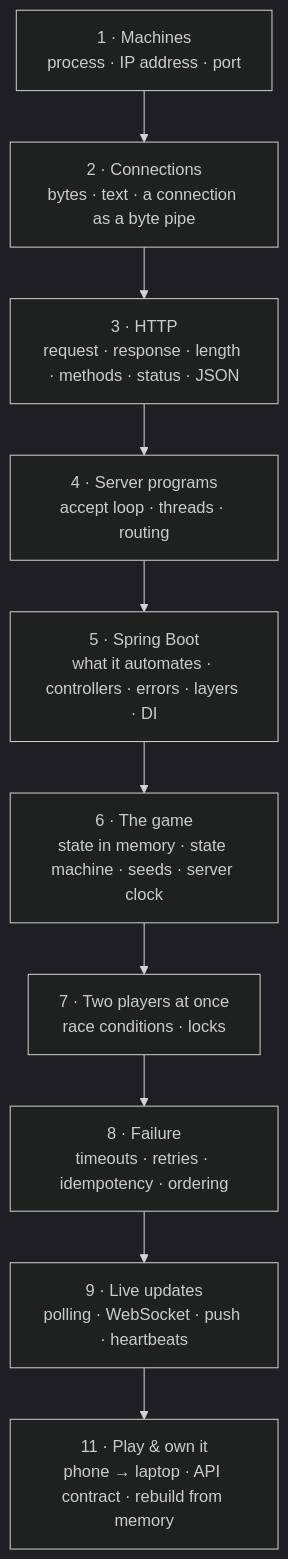
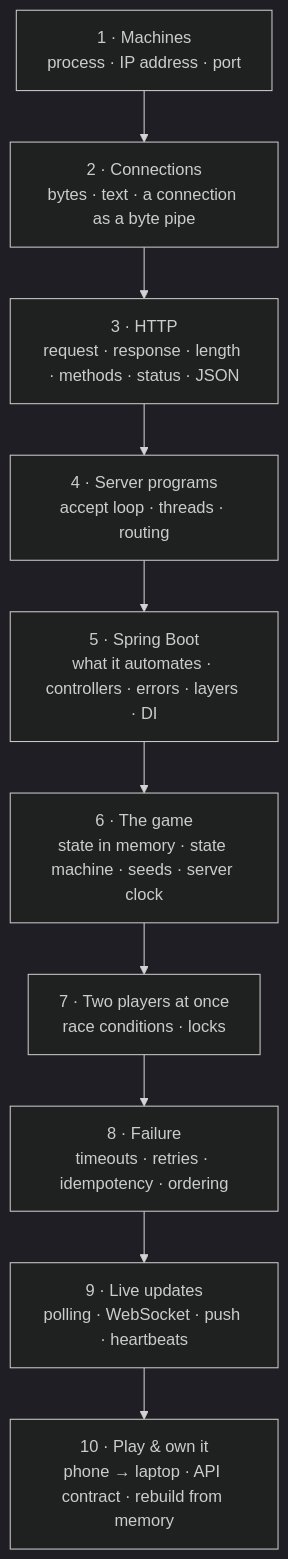
Before and after one commit to harijoshi07/backend-engineering: the diagram in site/src/content/docs/maths/map.mdx, drawn with Mermaid (dark theme). The commit also changed 1 other file, not shown here.

Commit message:
Maths track: handoff after dropping Cross Math

````diff
--- a/site/src/content/docs/maths/map.mdx
+++ b/site/src/content/docs/maths/map.mdx
@@ -19,14 +19,14 @@
 ```mermaid
 flowchart TB
     A["1 · Machines<br/>process · IP address · port"]
     B["2 · Connections<br/>bytes · text · a connection as a byte pipe"]
     C["3 · HTTP<br/>request · response · length · methods · status · JSON"]
     D["4 · Server programs<br/>accept loop · threads · routing"]
     E["5 · Spring Boot<br/>what it automates · controllers · errors · layers · DI"]
     F["6 · The game<br/>state in memory · state machine · seeds · server clock"]
     G["7 · Two players at once<br/>race conditions · locks"]
     H["8 · Failure<br/>timeouts · retries · idempotency · ordering"]
     I["9 · Live updates<br/>polling · WebSocket · push · heartbeats"]
-    K["11 · Play & own it<br/>phone → laptop · API contract · rebuild from memory"]
+    K["10 · Play & own it<br/>phone → laptop · API contract · rebuild from memory"]
     A --> B --> C --> D --> E --> F --> G --> H --> I --> K
 ```
````
